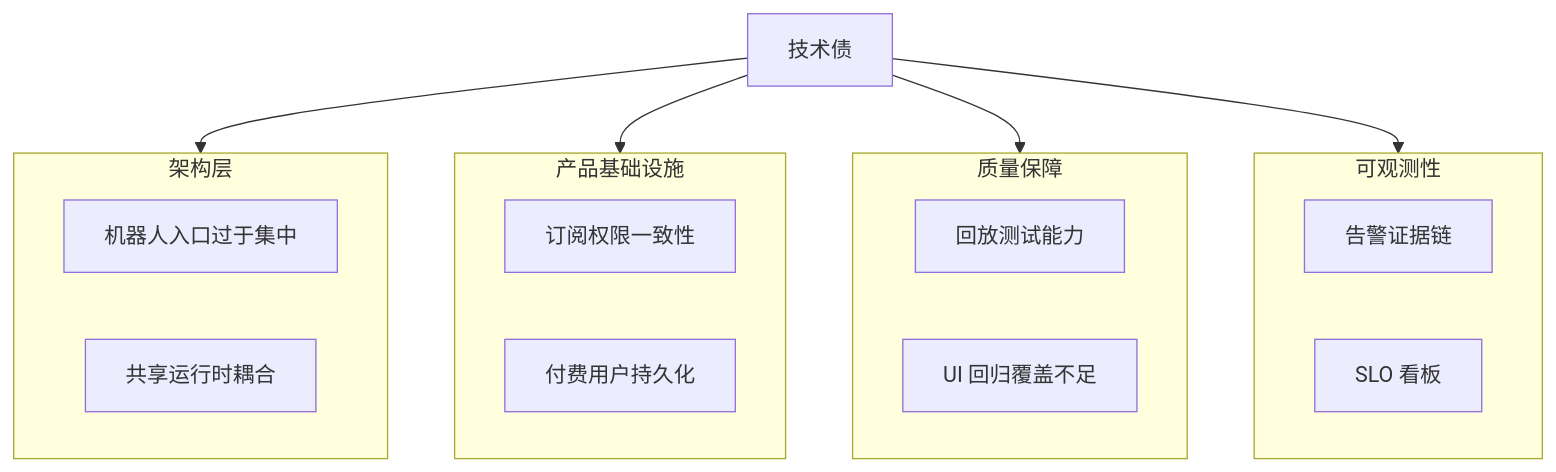
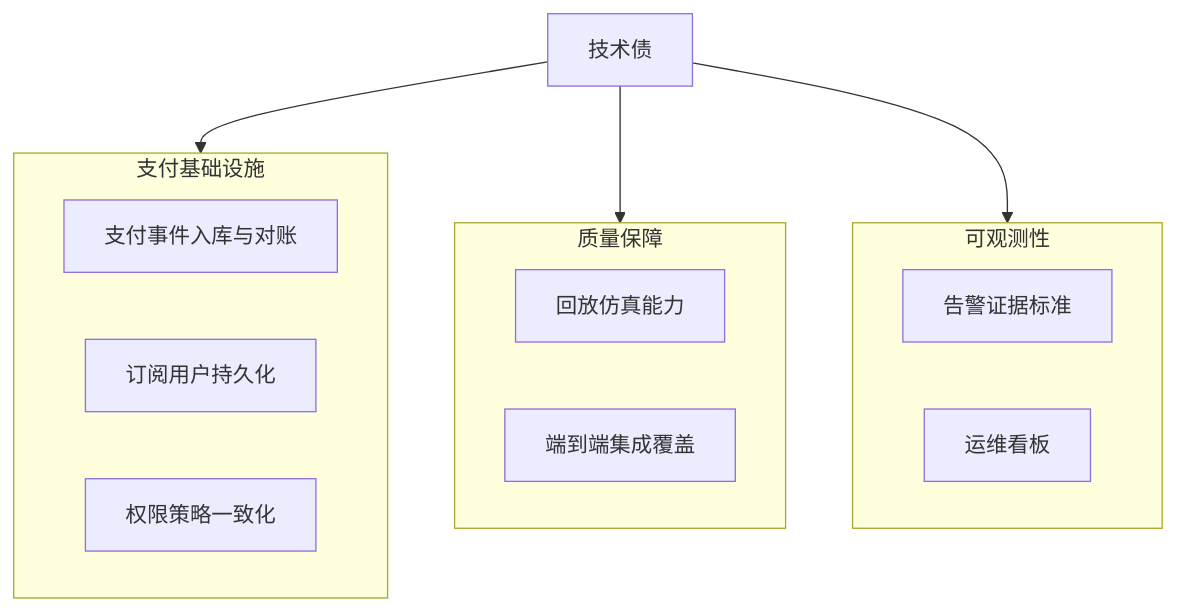
One commit to ivanmladek/PolyWeather changed the diagram in docs/TECH_DEBT_ZH.md. Above: the diagram before and after it, drawn with Mermaid. The commit also changed other lines of this file and 7 other files, not shown here.

````diff
--- a/docs/TECH_DEBT_ZH.md
+++ b/docs/TECH_DEBT_ZH.md
@@ -9,29 +11,24 @@
 ```mermaid
 flowchart TD
     A["技术债"]
 
-    subgraph AR["架构层"]
-        AR1["机器人入口过于集中"]
-        AR2["共享运行时耦合"]
-    end
-
-    subgraph PI["产品基础设施"]
-        PI1["订阅权限一致性"]
-        PI2["付费用户持久化"]
+    subgraph PI["支付基础设施"]
+        PI1["支付事件入库与对账"]
+        PI2["订阅用户持久化"]
+        PI3["权限策略一致化"]
     end
 
     subgraph Q["质量保障"]
-        Q1["回放测试能力"]
-        Q2["UI 回归覆盖不足"]
+        Q1["回放仿真能力"]
+        Q2["端到端集成覆盖"]
     end
 
     subgraph O["可观测性"]
-        O1["告警证据链"]
-        O2["SLO 看板"]
+        O1["告警证据标准"]
+        O2["运维看板"]
     end
 
-    A --> AR
     A --> PI
     A --> Q
     A --> O
 ```
````
